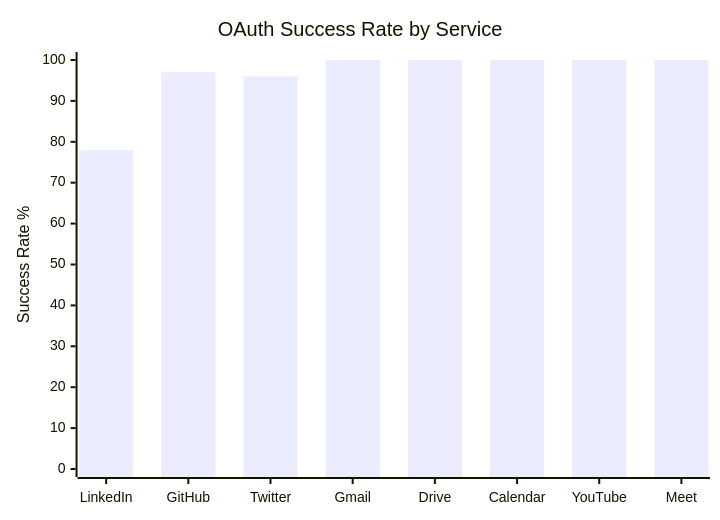
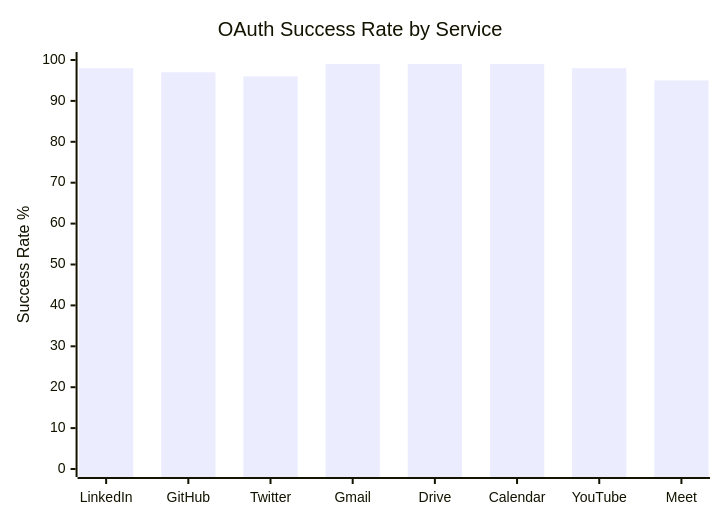
Before and after one commit to abhiabhi150614/learning-recruiter-platform: the fourth of 16 diagrams in FRICTION_LOG.md, drawn with Mermaid. The commit also changed other lines of this file, not shown here.

````diff
--- a/FRICTION_LOG.md
+++ b/FRICTION_LOG.md
@@ -178,7 +182,7 @@
 ```mermaid
 xychart-beta
     title "OAuth Success Rate by Service"
     x-axis [LinkedIn, GitHub, Twitter, Gmail, Drive, Calendar, YouTube, Meet]
     y-axis "Success Rate %" 0 --> 100
-    bar [78, 97, 96, 100, 100, 100, 100, 100]
+    bar [98, 97, 96, 99, 99, 99, 98, 95]
 ```
````
